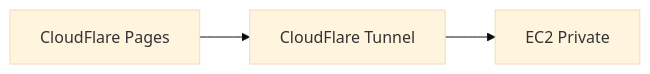
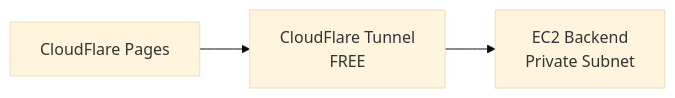
One commit to aan-andiyanaS/finlapor changed the fourth of 5 diagrams in docs/deployment/06b-api-gateway-setup.md. Above: the diagram before and after it, drawn with Mermaid (base theme). The commit also changed other lines of this file, not shown here.

````diff
--- a/docs/deployment/06b-api-gateway-setup.md
+++ b/docs/deployment/06b-api-gateway-setup.md
@@ -731,5 +199,5 @@
 ```mermaid
 flowchart LR
-    CF["CloudFlare Pages"] --> Tunnel["CloudFlare Tunnel"]
-    Tunnel --> EC2["EC2 Private"]
+    CF["CloudFlare Pages"] --> Tunnel["CloudFlare Tunnel<br/>FREE"]
+    Tunnel --> EC2["EC2 Backend<br/>Private Subnet"]
 ```
````
